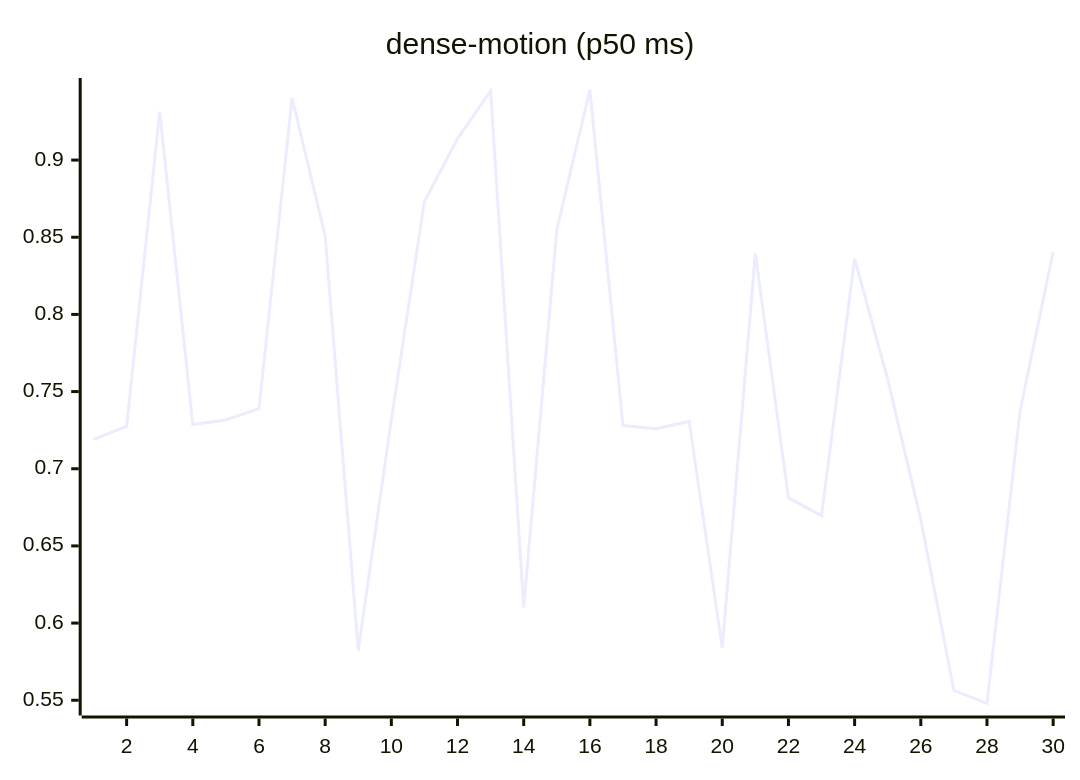
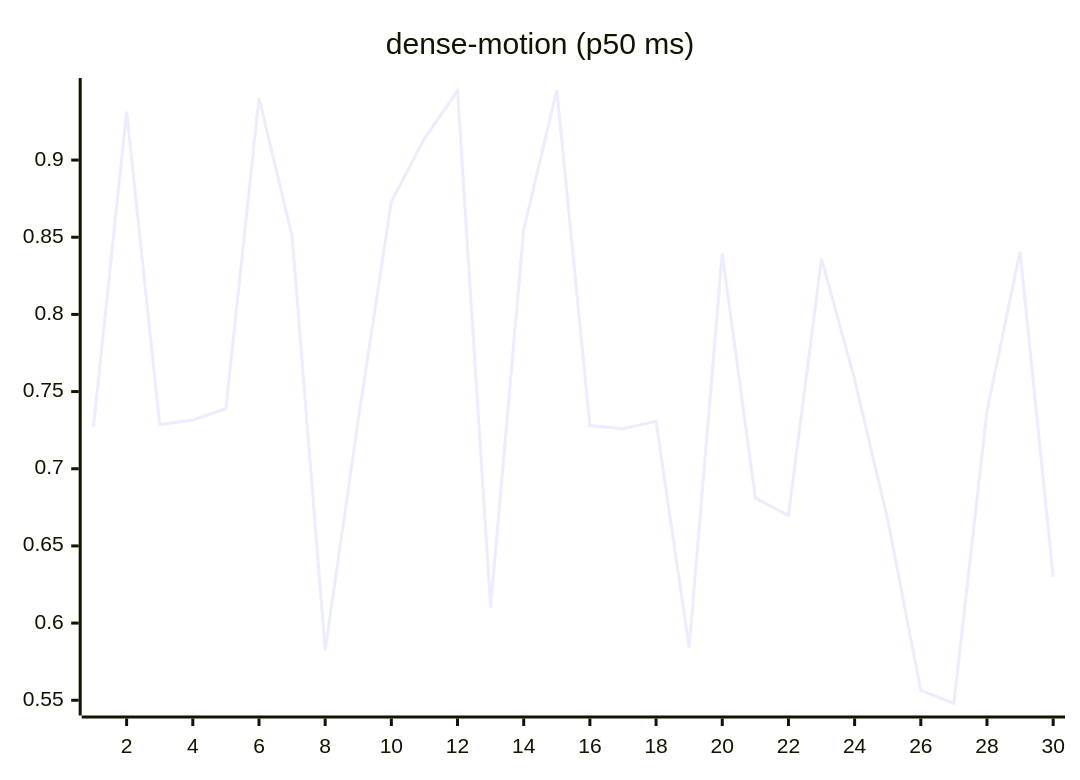
The ninth of 27 diagrams in README.md (josha/Facet), drawn with Mermaid before and after one commit. The commit also changed other lines of this file and 2 other files, not shown here.

````diff
--- a/README.md
+++ b/README.md
@@ -119,6 +119,6 @@
 ```mermaid
 xychart-beta
     title "dense-motion (p50 ms)"
     x-axis 1 --> 30
-    line [0.7190, 0.7274, 0.9314, 0.7286, 0.7316, 0.7389, 0.9402, 0.8508, 0.5823, 0.7317, 0.8731, 0.9139, 0.9448, 0.6101, 0.8549, 0.9454, 0.7280, 0.7259, 0.7307, 0.5841, 0.8396, 0.6811, 0.6696, 0.8361, 0.7579, 0.6670, 0.5564, 0.5479, 0.7374, 0.8407]
+    line [0.7274, 0.9314, 0.7286, 0.7316, 0.7389, 0.9402, 0.8508, 0.5823, 0.7317, 0.8731, 0.9139, 0.9448, 0.6101, 0.8549, 0.9454, 0.7280, 0.7259, 0.7307, 0.5841, 0.8396, 0.6811, 0.6696, 0.8361, 0.7579, 0.6670, 0.5564, 0.5479, 0.7374, 0.8407, 0.6299]
 ```
````
